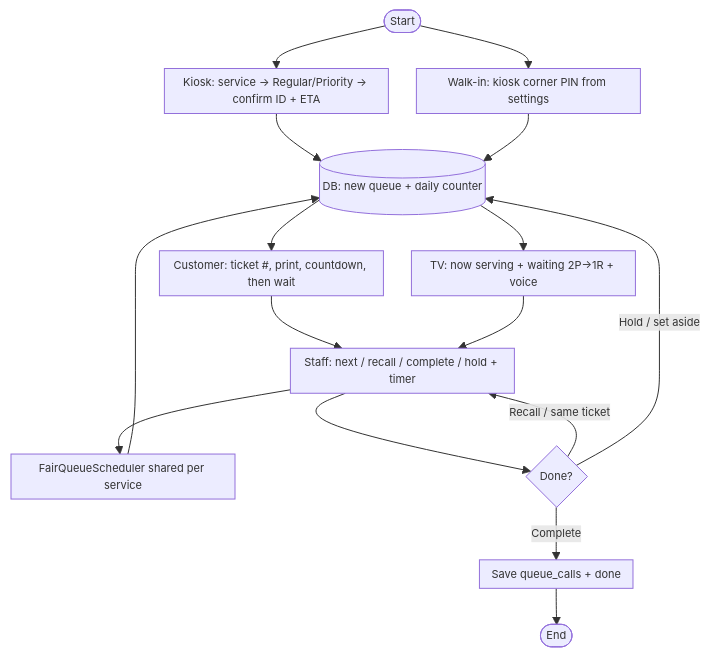
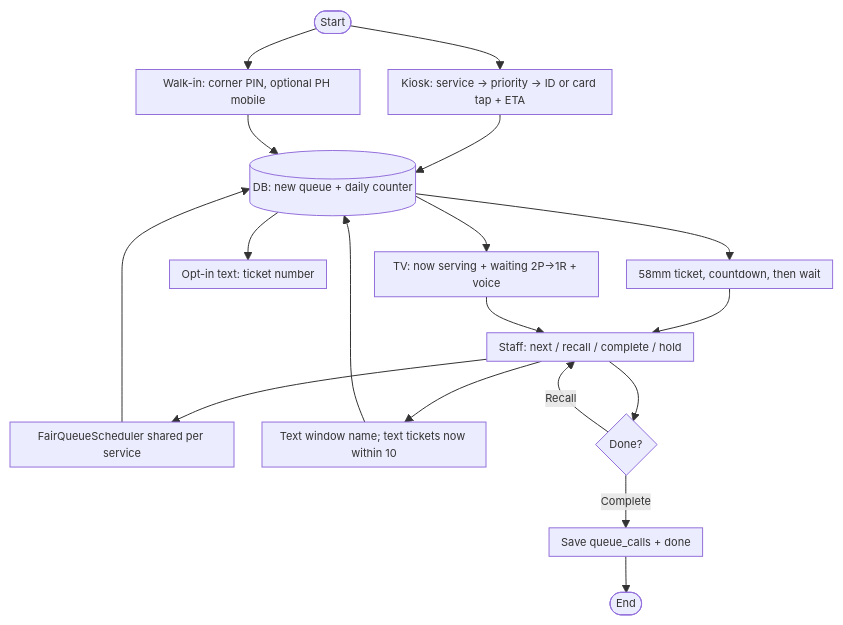
One commit to rhems95/queuing-system changed the diagram in docs/master-flowchart.mmd. Above: the diagram before and after it, drawn with Mermaid. The commit also changed 76 other files, not shown here.

Commit message:
Add RFID tap, paper alerts, and opt-in GSM SMS so the kiosk can notify students without blocking the queue.

```diff
--- a/docs/master-flowchart.mmd
+++ b/docs/master-flowchart.mmd
@@ -1,18 +1,20 @@
 %% Print-friendly: paste into mermaid.live → Actions → SVG/PNG. In browser print: Landscape + Scale ~90%% fits Letter/A4 bond paper. %%
 %%{init: {'flowchart': {'nodeSpacing': 28, 'rankSpacing': 36, 'padding': 6, 'useMaxWidth': true}, 'themeVariables': { 'fontSize': '11px'}}}%%
 flowchart TD
-    St([Start]) --> K["Kiosk: service → Regular/Priority → confirm ID + ETA"]
-    St --> W["Walk-in: kiosk corner PIN from settings"]
+    St([Start]) --> K["Kiosk: service → priority → ID or card tap + ETA"]
+    St --> W["Walk-in: corner PIN, optional PH mobile"]
     K --> DB[("DB: new queue + daily counter")]
     W --> DB
-    DB --> PA["Customer: ticket #, print, countdown, then wait"]
+    DB --> PA["58mm ticket, countdown, then wait"]
+    DB --> SMS["Opt-in text: ticket number"]
     DB --> PB["TV: now serving + waiting 2P→1R + voice"]
-    PA --> SW["Staff: next / recall / complete / hold + timer"]
+    PA --> SW["Staff: next / recall / complete / hold"]
     PB --> SW
     SW --> Fair["FairQueueScheduler shared per service"]
     Fair --> DB
+    SW --> Note["Text window name; text tickets now within 10"]
+    Note --> DB
     SW --> Q{Done?}
-    Q -->|Recall / same ticket| SW
-    Q -->|Hold / set aside| DB
+    Q -->|Recall| SW
     Q -->|Complete| H["Save queue_calls + done"]
     H --> En([End])
```
